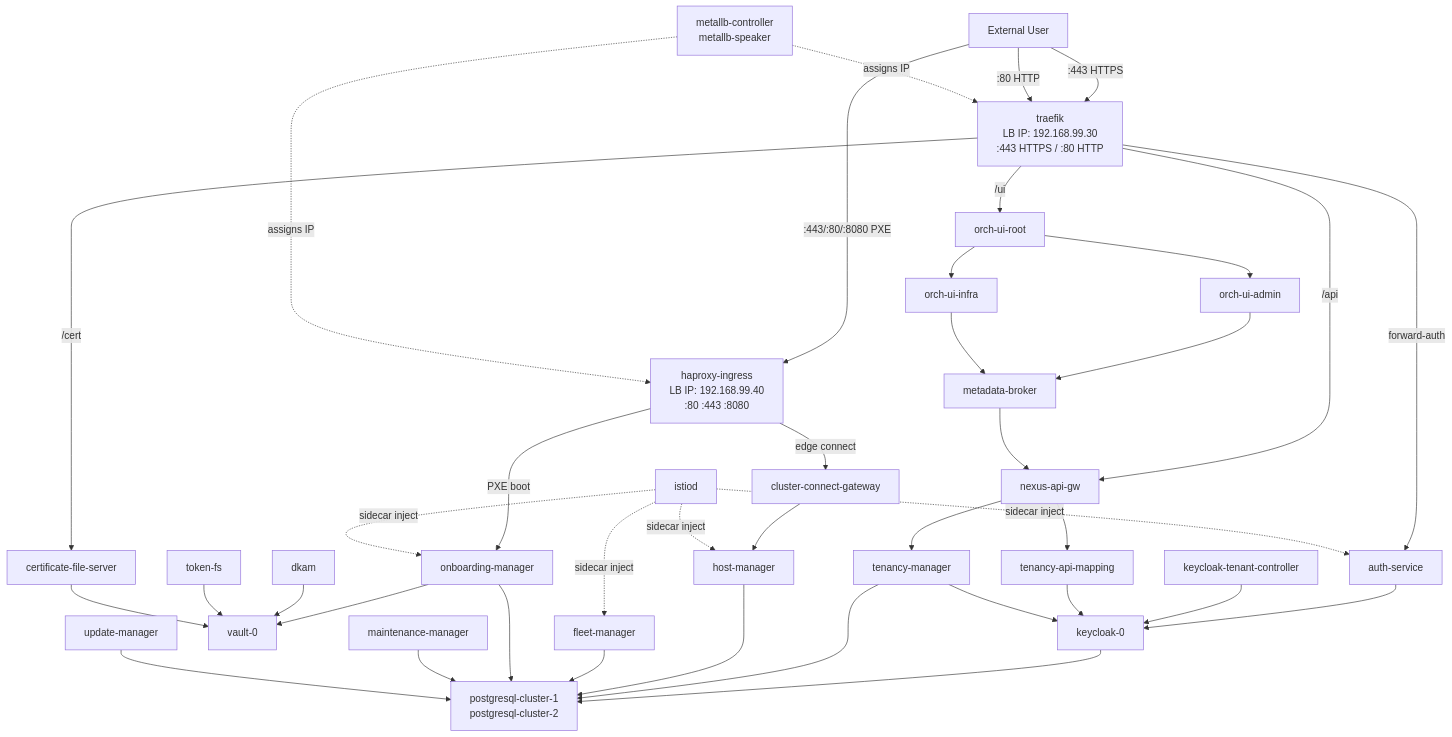
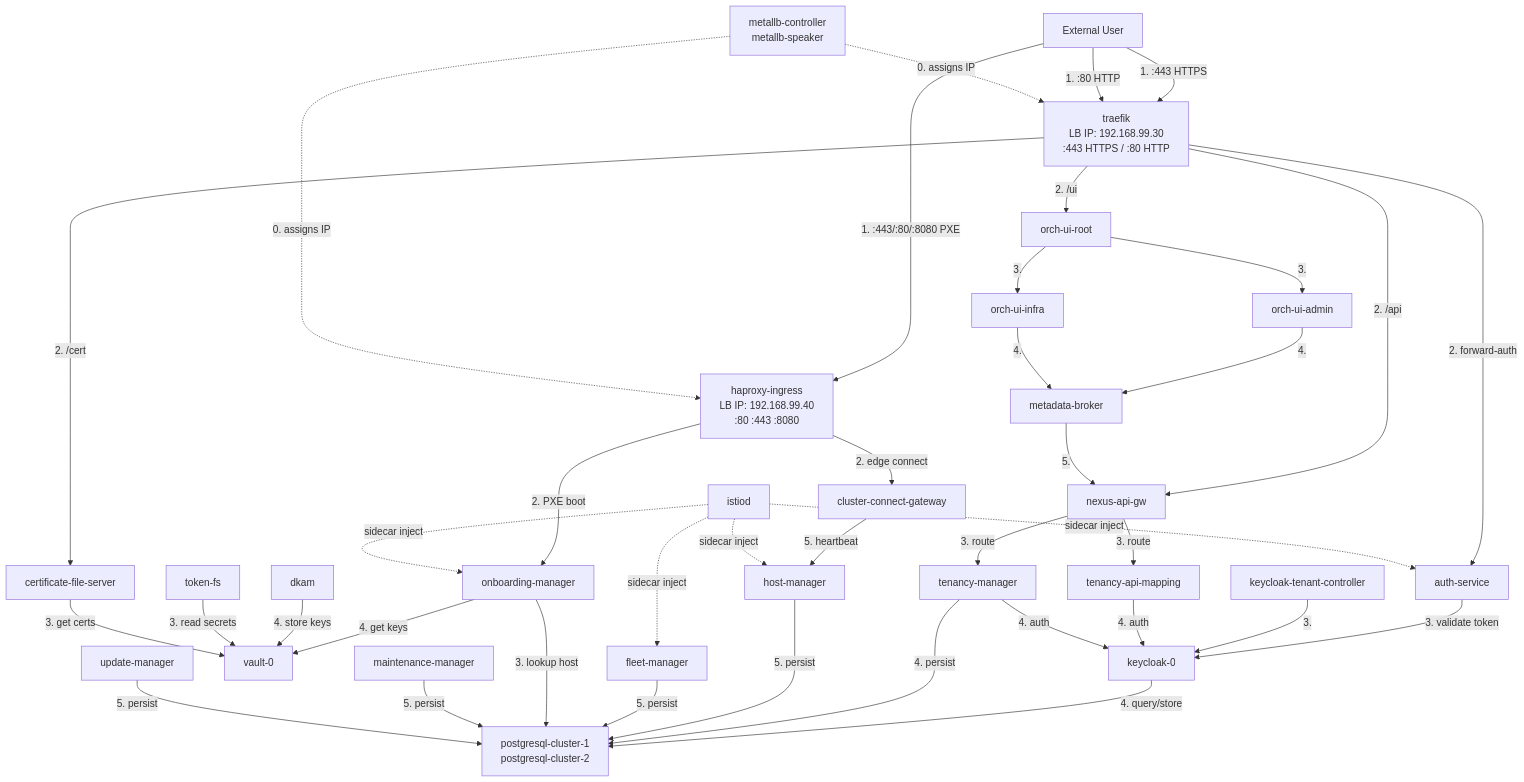
One commit to open-edge-platform/edge-manageability-framework changed the diagram in pre-orch/diagram.md. Above: the diagram before and after it, drawn with Mermaid. The commit also changed other lines of this file and 1 other file, not shown here.

```diff
--- a/pre-orch/diagram.md
+++ b/pre-orch/diagram.md
@@ -50,55 +50,55 @@
     %% Service Mesh
     ISTIOD["istiod"]
 
-    %% ─── External Access Flow ───────────────────────────────────
-    USER -->|":443 HTTPS"| TRAEFIK
-    USER -->|":80 HTTP"| TRAEFIK
-    USER -->|":443/:80/:8080 PXE"| HAPROXY
-    METALLB -.->|"assigns IP"| TRAEFIK
-    METALLB -.->|"assigns IP"| HAPROXY
+    %% ─── External Access Flow (numbered) ────────────────────────
+    USER -->|"1. :443 HTTPS"| TRAEFIK
+    USER -->|"1. :80 HTTP"| TRAEFIK
+    USER -->|"1. :443/:80/:8080 PXE"| HAPROXY
+    METALLB -.->|"0. assigns IP"| TRAEFIK
+    METALLB -.->|"0. assigns IP"| HAPROXY
 
     %% ─── Traefik routes to services ────────────────────────────
-    TRAEFIK -->|"forward-auth"| AUTH
-    TRAEFIK -->|"/ui"| UI_ROOT
-    TRAEFIK -->|"/api"| NEXUS_GW
-    TRAEFIK -->|"/cert"| CERT_FS
+    TRAEFIK -->|"2. forward-auth"| AUTH
+    TRAEFIK -->|"2. /ui"| UI_ROOT
+    TRAEFIK -->|"2. /api"| NEXUS_GW
+    TRAEFIK -->|"2. /cert"| CERT_FS
 
     %% ─── HAProxy routes ────────────────────────────────────────
-    HAPROXY -->|"PXE boot"| ONB_MGR
-    HAPROXY -->|"edge connect"| CLUSTER_GW
+    HAPROXY -->|"2. PXE boot"| ONB_MGR
+    HAPROXY -->|"2. edge connect"| CLUSTER_GW
 
     %% ─── Auth & Identity dependencies ──────────────────────────
-    AUTH --> KEYCLOAK
-    KC_TENANT --> KEYCLOAK
-    KEYCLOAK --> PG
+    AUTH -->|"3. validate token"| KEYCLOAK
+    KC_TENANT -->|"3."| KEYCLOAK
+    KEYCLOAK -->|"4. query/store"| PG
 
     %% ─── API Gateway flow ──────────────────────────────────────
-    NEXUS_GW --> TEN_API
-    NEXUS_GW --> TEN_MGR
-    TEN_API --> KEYCLOAK
-    TEN_MGR --> KEYCLOAK
-    TEN_MGR --> PG
+    NEXUS_GW -->|"3. route"| TEN_API
+    NEXUS_GW -->|"3. route"| TEN_MGR
+    TEN_API -->|"4. auth"| KEYCLOAK
+    TEN_MGR -->|"4. auth"| KEYCLOAK
+    TEN_MGR -->|"4. persist"| PG
 
     %% ─── Infra pod-to-pod ──────────────────────────────────────
-    HOST_MGR --> PG
-    FLEET_MGR --> PG
-    ONB_MGR --> PG
-    ONB_MGR --> VAULT
-    DKAM --> VAULT
-    MAINT_MGR --> PG
-    UPDATE_MGR --> PG
-    CLUSTER_GW --> HOST_MGR
+    HOST_MGR -->|"5. persist"| PG
+    FLEET_MGR -->|"5. persist"| PG
+    ONB_MGR -->|"3. lookup host"| PG
+    ONB_MGR -->|"4. get keys"| VAULT
+    DKAM -->|"4. store keys"| VAULT
+    MAINT_MGR -->|"5. persist"| PG
+    UPDATE_MGR -->|"5. persist"| PG
+    CLUSTER_GW -->|"5. heartbeat"| HOST_MGR
 
     %% ─── UI dependencies ───────────────────────────────────────
-    UI_ROOT --> UI_ADMIN
-    UI_ROOT --> UI_INFRA
-    UI_ADMIN --> META_BROKER
-    UI_INFRA --> META_BROKER
-    META_BROKER --> NEXUS_GW
+    UI_ROOT -->|"3."| UI_ADMIN
+    UI_ROOT -->|"3."| UI_INFRA
+    UI_ADMIN -->|"4."| META_BROKER
+    UI_INFRA -->|"4."| META_BROKER
+    META_BROKER -->|"5."| NEXUS_GW
 
     %% ─── Secrets / Token flow ──────────────────────────────────
-    TOKEN_FS --> VAULT
-    CERT_FS --> VAULT
+    TOKEN_FS -->|"3. read secrets"| VAULT
+    CERT_FS -->|"3. get certs"| VAULT
 
     %% ─── Service Mesh sidecar injection ────────────────────────
     ISTIOD -.->|"sidecar inject"| AUTH
```
